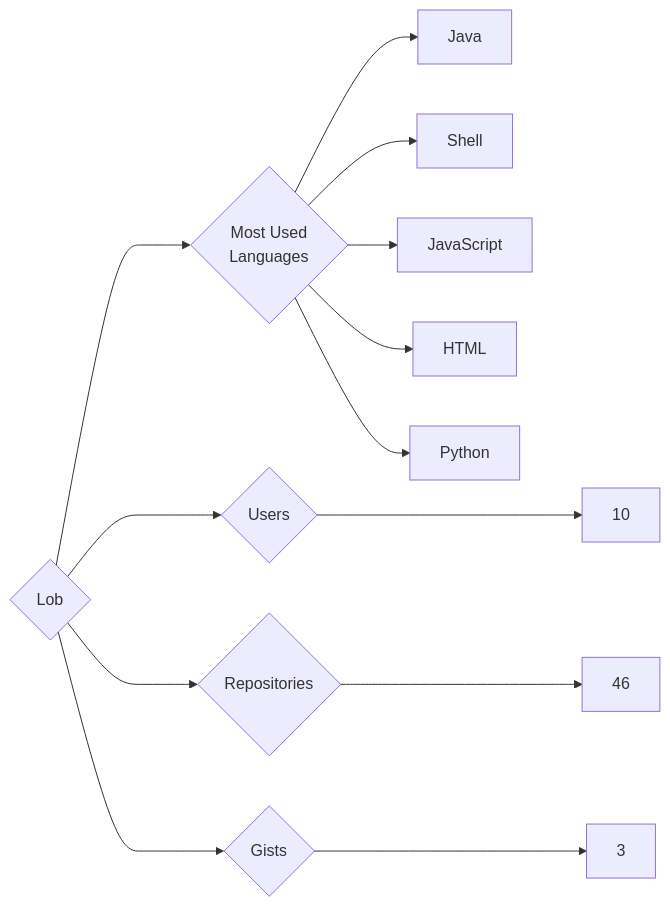
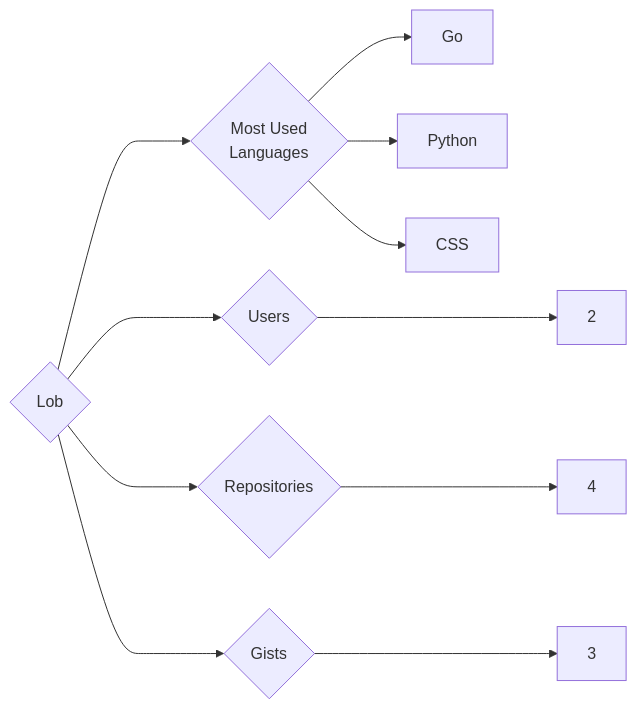
The diagram in targets/Lob/README.md (trickest/insiders), drawn with Mermaid before and after one commit. The commit also changed 916 other files, not shown here.

````diff
--- a/targets/Lob/README.md
+++ b/targets/Lob/README.md
@@ -3,13 +3,11 @@
 ```mermaid
 graph LR
 COMPANY_NAME{Lob}
-COMPANY_NAME ---> U{Users} ---> UN[10]
-COMPANY_NAME ---> R{Repositories} ---> RN[46]
+COMPANY_NAME ---> U{Users} ---> UN[2]
+COMPANY_NAME ---> R{Repositories} ---> RN[4]
 COMPANY_NAME ---> G{Gists} ---> GN[3]
 COMPANY_NAME ---> ML{Most Used<br>Languages}
-ML --> Java[Java]
-ML --> Shell[Shell]
-ML --> JavaScript[JavaScript]
-ML --> HTML[HTML]
+ML --> Go[Go]
 ML --> Python[Python]
+ML --> CSS[CSS]
 ```
````
